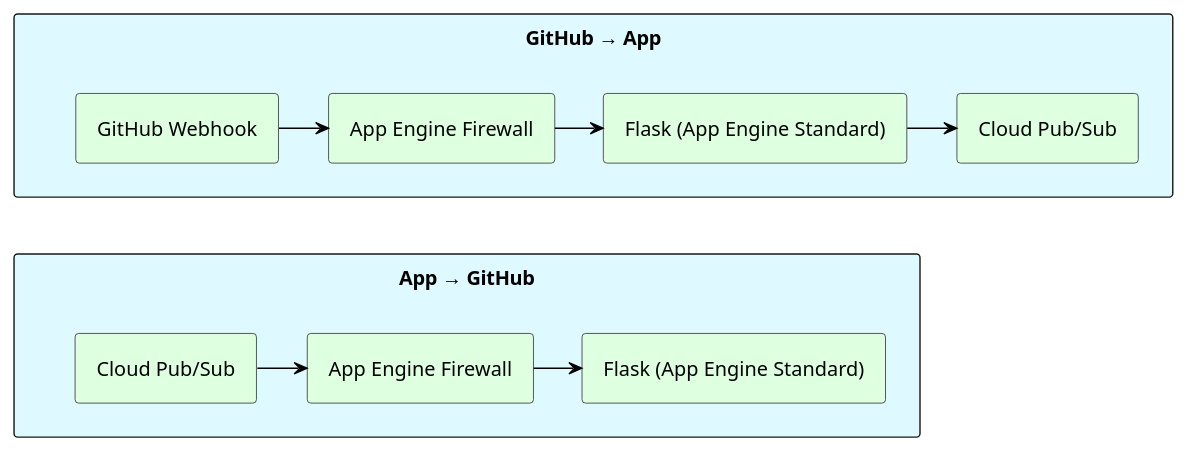
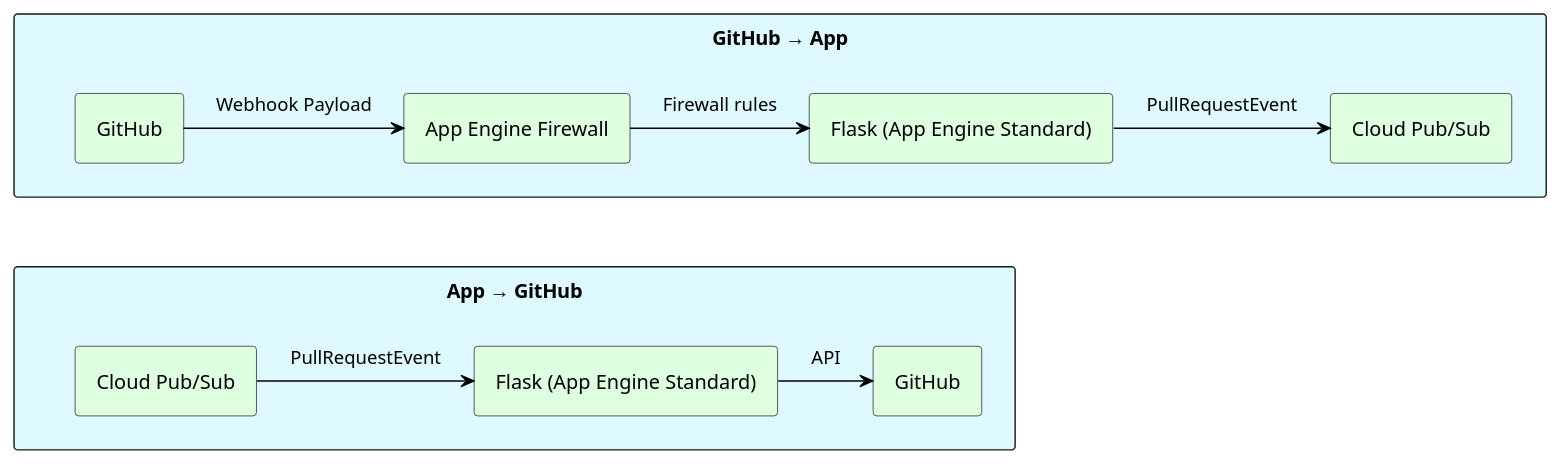
The diagram in overview.puml (bootstraponline/python), drawn with PlantUML before and after one commit.

```diff
--- a/overview.puml
+++ b/overview.puml
@@ -1,29 +1,29 @@
 @startuml
 skinparam padding 5
 skinparam shadowing false
 skinparam ArrowColor Black
 skinparam RectangleBackgroundColor #DEFFE0
 
 rectangle "GitHub → App" as r1 #DEF9FF {
- rectangle "GitHub Webhook" as a
+ rectangle "GitHub" as a
  rectangle "App Engine Firewall" as b
  rectangle "Flask (App Engine Standard)" as c
  rectangle "Cloud Pub/Sub" as d
 
- a -> b
- b -> c
- c -> d
+ a -> b: Webhook Payload
+ b -> c: Firewall rules
+ c -> d: PullRequestEvent
 }
 
 
 rectangle "App → GitHub" as r2 #DEF9FF {
  rectangle "Cloud Pub/Sub" as a2
- rectangle "App Engine Firewall" as b2
- rectangle "Flask (App Engine Standard)" as c2
+ rectangle "Flask (App Engine Standard)" as b2
+ rectangle "GitHub" as c2
 
- a2 -> b2
- b2 -> c2
+ a2 -> b2: PullRequestEvent
+ b2 -> c2: API
 }
 
 r1 -[hidden]-> r2
 @enduml
```
